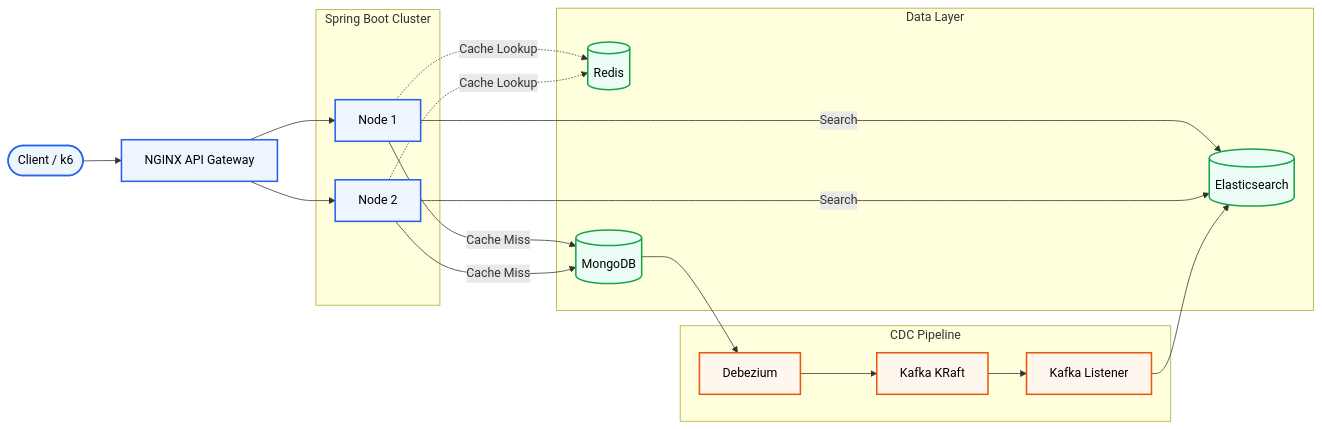
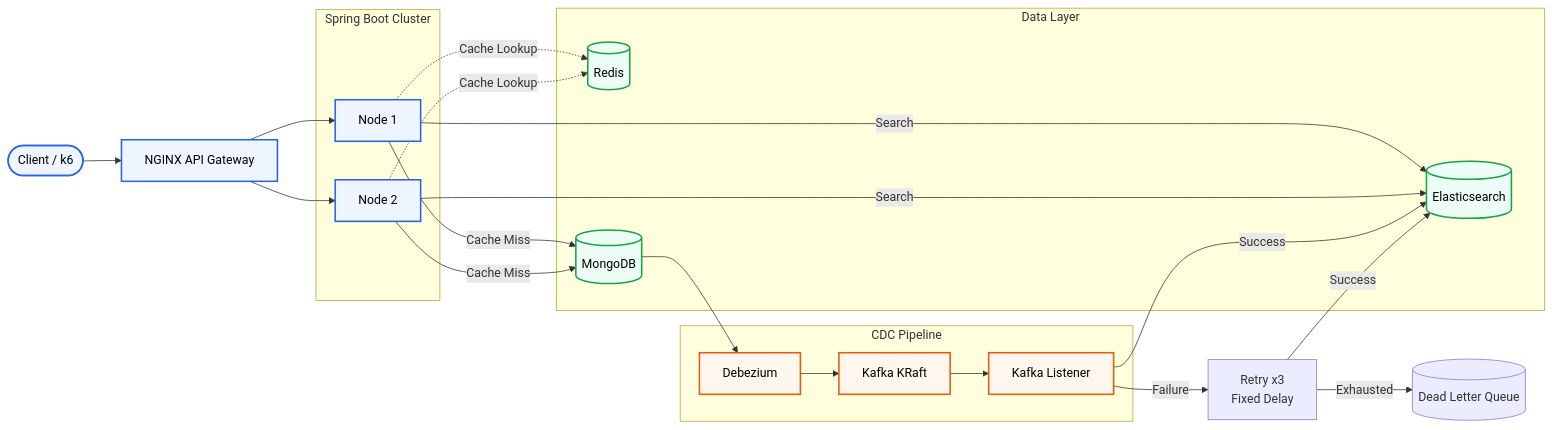
The first of 3 diagrams in README.md (RehanKhatkar/event-driven-search-engine), drawn with Mermaid before and after one commit. The commit also changed other lines of this file, not shown here.

````diff
--- a/README.md
+++ b/README.md
@@ -8,56 +8,60 @@
 ```mermaid
 flowchart LR
 
     %% Client
     Client([Client / k6])
 
     %% Gateway
     NGINX[NGINX API Gateway]
 
     %% Application
     subgraph APP["Spring Boot Cluster"]
         SB1[Node 1]
         SB2[Node 2]
     end
 
     %% Data Layer
     subgraph DATA["Data Layer"]
         Redis[(Redis)]
         Mongo[(MongoDB)]
         ES[(Elasticsearch)]
     end
 
     %% Event Pipeline
     subgraph PIPELINE["CDC Pipeline"]
         Debezium[Debezium]
         Kafka[Kafka KRaft]
         Listener[Kafka Listener]
     end
 
     Client --> NGINX
     NGINX --> SB1
     NGINX --> SB2
 
     SB1 -. Cache Lookup .-> Redis
     SB2 -. Cache Lookup .-> Redis
 
     SB1 -->|Cache Miss| Mongo
     SB2 -->|Cache Miss| Mongo
 
     SB1 -->|Search| ES
     SB2 -->|Search| ES
 
-    Mongo --> Debezium
+        Mongo --> Debezium
     Debezium --> Kafka
     Kafka --> Listener
-    Listener --> ES
+
+    Listener -->|Success| ES
+    Listener -->|Failure| Retry[Retry x3<br/>Fixed Delay]
+    Retry -->|Success| ES
+    Retry -->|Exhausted| DLQ[(Dead Letter Queue)]
 
     %% Styles
     classDef app fill:#EEF5FF,stroke:#2563EB,stroke-width:2px,color:#000000;
     classDef db fill:#ECFDF5,stroke:#16A34A,stroke-width:2px,color:#000000;
     classDef infra fill:#FFF7ED,stroke:#EA580C,stroke-width:2px,color:#000000;
 
     class Client,NGINX,SB1,SB2 app;
     class Redis,Mongo,ES db;
     class Debezium,Kafka,Listener infra;
 ```
````
